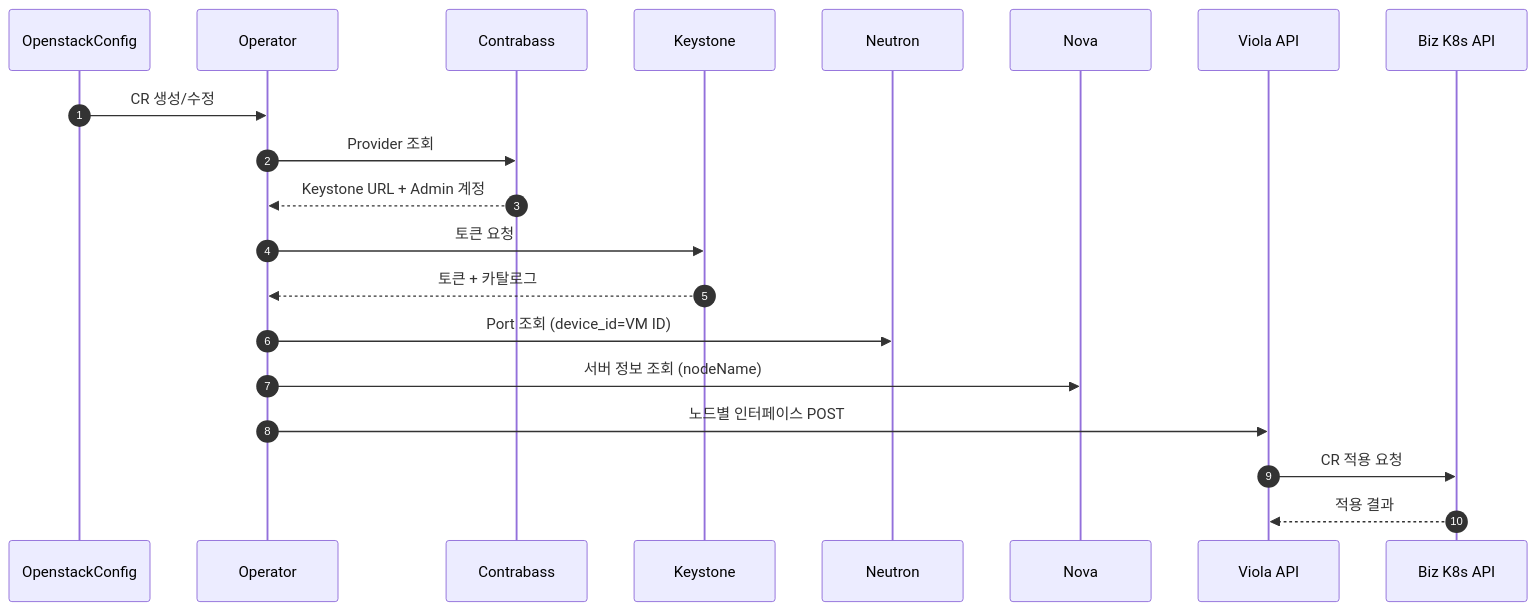
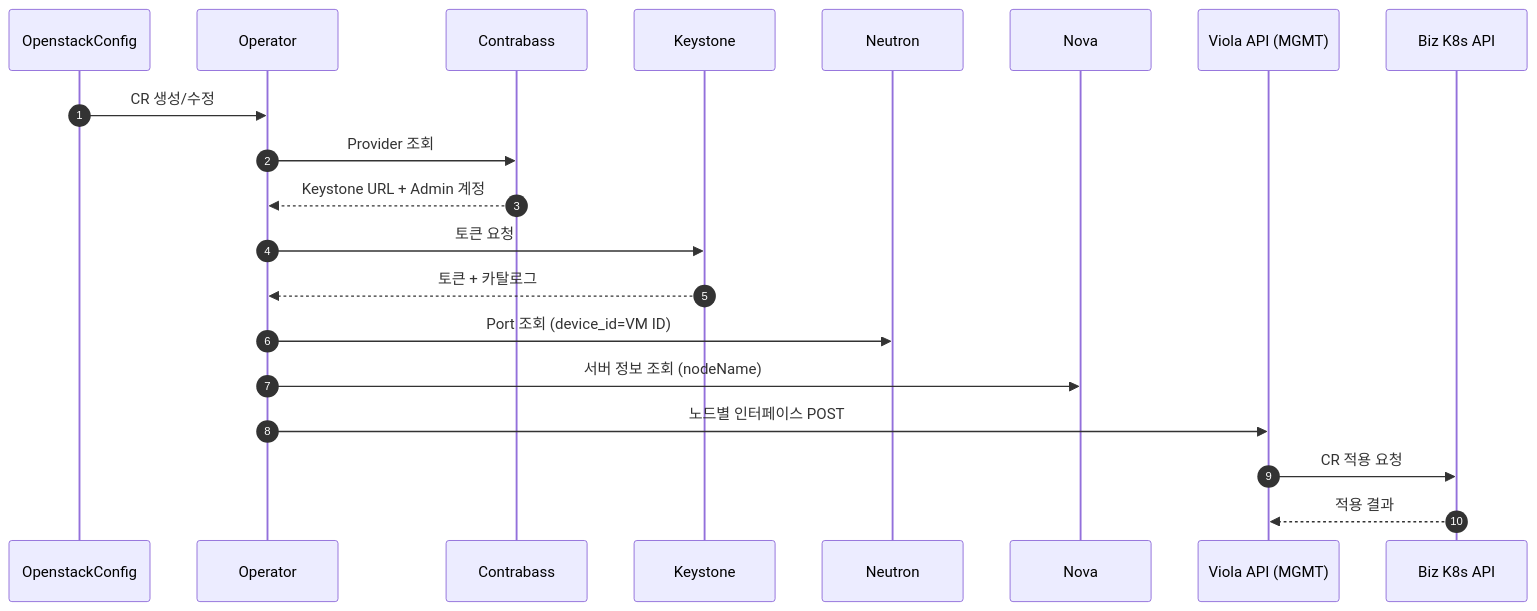
Before and after one commit to Minzino/multi-network-interface-operator: the second of 2 diagrams in README.md, drawn with Mermaid. The commit also changed other lines of this file, not shown here.

Commit message:
docs: move viola api to mgmt cluster

````diff
--- a/README.md
+++ b/README.md
@@ -133,23 +133,23 @@
 ```mermaid
 sequenceDiagram
     autonumber
     participant CR as OpenstackConfig
     participant OP as Operator
     participant CB as Contrabass
     participant KS as Keystone
     participant NE as Neutron
     participant NO as Nova
-    participant VA as Viola API
+    participant VA as Viola API (MGMT)
     participant K8S as Biz K8s API
 
     CR->>OP: CR 생성/수정
     OP->>CB: Provider 조회
     CB-->>OP: Keystone URL + Admin 계정
     OP->>KS: 토큰 요청
     KS-->>OP: 토큰 + 카탈로그
     OP->>NE: Port 조회 (device_id=VM ID)
     OP->>NO: 서버 정보 조회 (nodeName)
     OP->>VA: 노드별 인터페이스 POST
     VA->>K8S: CR 적용 요청
     K8S-->>VA: 적용 결과
 ```
````
